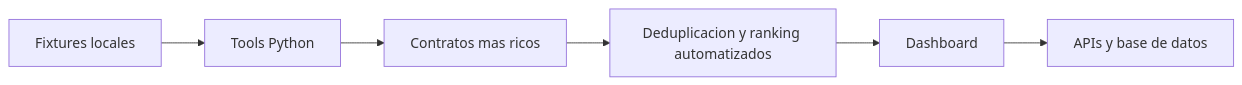
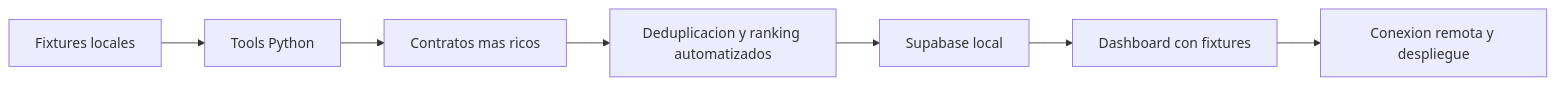
The ninth of 9 diagrams in docs/ai-radar-operating-model.md (PedroHincapie/codex-), drawn with Mermaid before and after one commit. The commit also changed other lines of this file and 13 other files, not shown here.

Commit message:
feat: alinear dashboard y carga local de Supabase

````diff
--- a/docs/ai-radar-operating-model.md
+++ b/docs/ai-radar-operating-model.md
@@ -270,8 +270,9 @@
 ```mermaid
 flowchart LR
   A[Fixtures locales] --> B[Tools Python]
   B --> C[Contratos mas ricos]
   C --> D[Deduplicacion y ranking automatizados]
-  D --> E[Dashboard]
-  E --> F[APIs y base de datos]
+  D --> E[Supabase local]
+  E --> F[Dashboard con fixtures]
+  F --> G[Conexion remota y despliegue]
 ```
````
